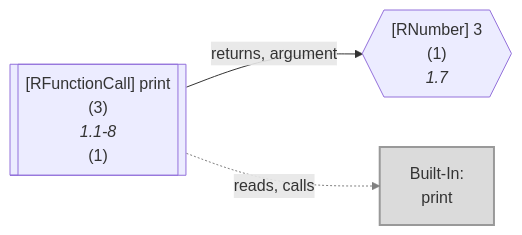
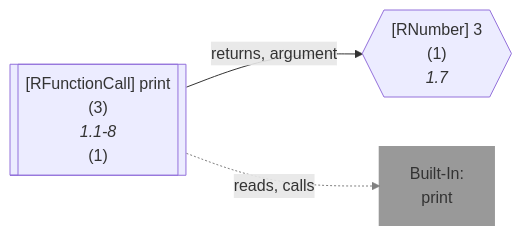
Before and after one commit to flowr-analysis/flowr: diagram 16 of 23 in wiki/Control Flow Graph.md, drawn with Mermaid. The commit also changed other lines of this file and 18 other files, not shown here.

````diff
--- a/wiki/Control Flow Graph.md
+++ b/wiki/Control Flow Graph.md
@@ -1293,16 +1293,16 @@
 ```mermaid
 flowchart LR
     1{{"`#91;RNumber#93; 3
       (1)
       *1.7*`"}}
     3[["`#91;RFunctionCall#93; print
       (3)
       *1.1-8*
     (1)`"]]
     built-in:print["`Built-In:
 print`"]
-    style built-in:print stroke:gray,fill:lightgray,stroke-width:2px,opacity:.8;
+    style built-in:print stroke:gray,fill:gray,stroke-width:2px,opacity:.8;
     3 -->|"returns, argument"| 1
     3 -.->|"reads, calls"| built-in:print
     linkStyle 1 stroke:gray;
 ```
````
